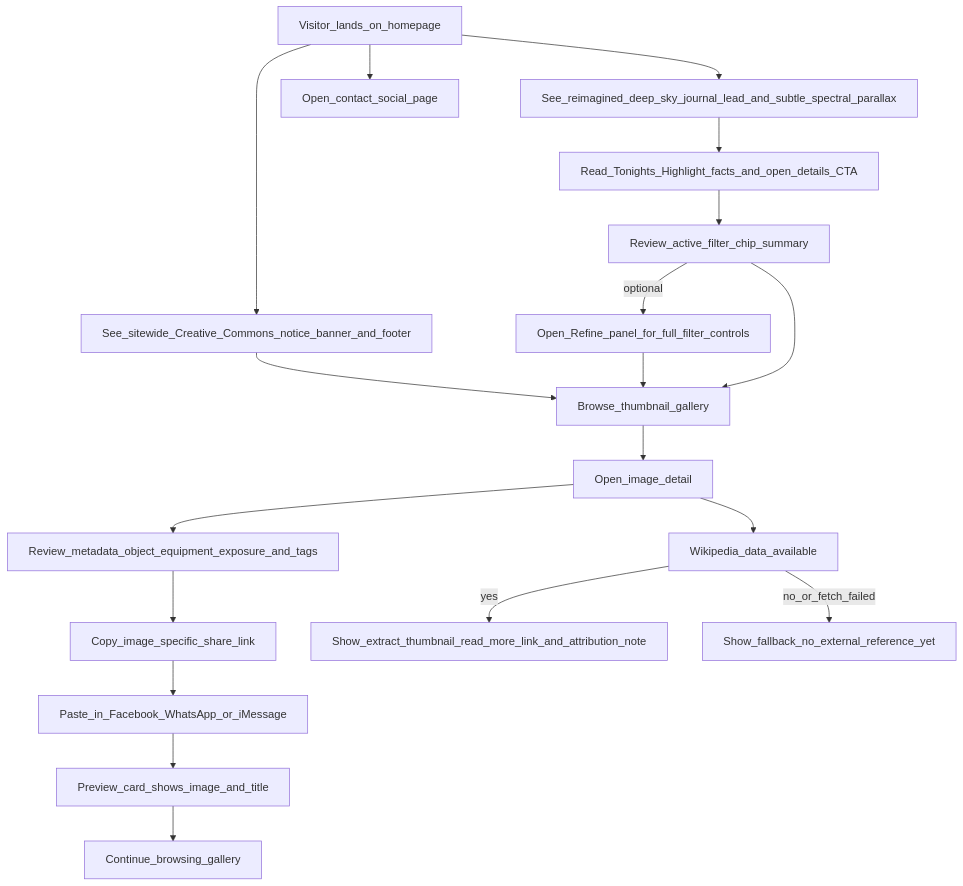
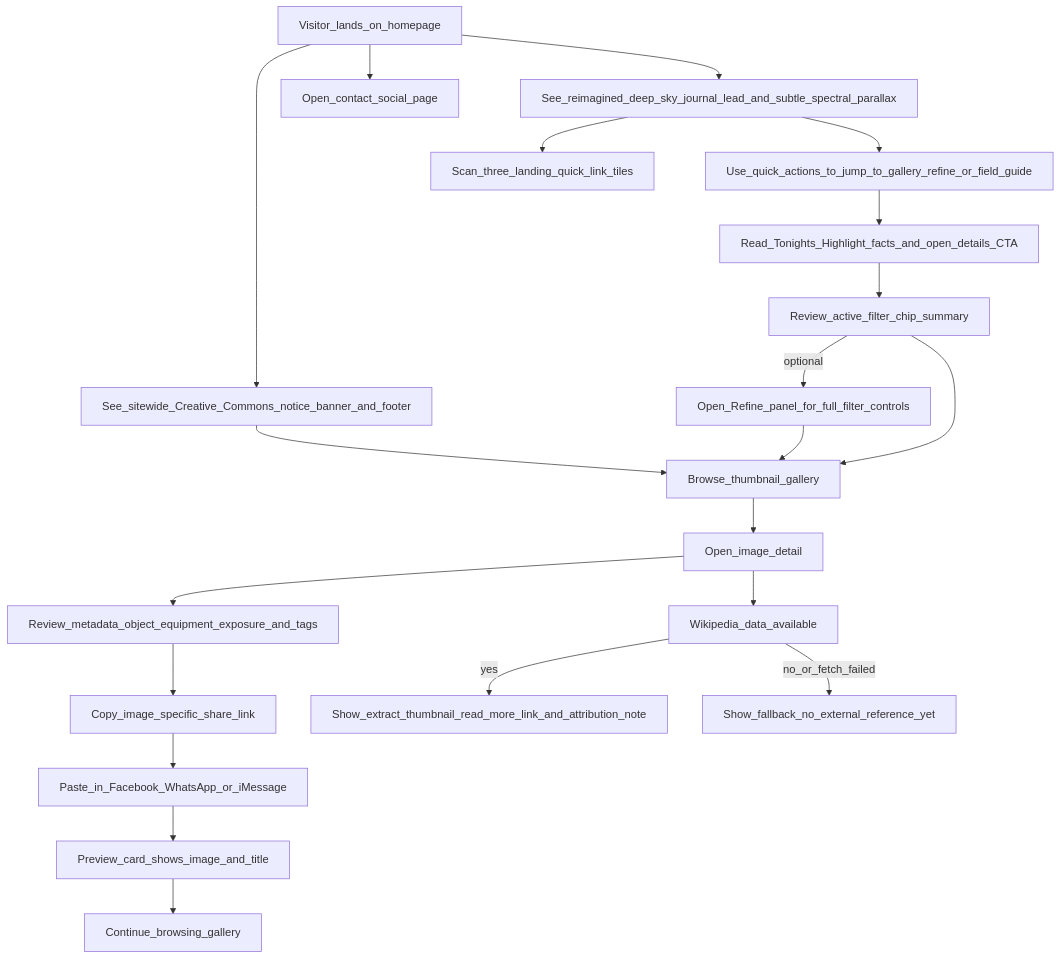
The first of 3 diagrams in README.md (smeird/images), drawn with Mermaid before and after one commit. The commit also changed other lines of this file and 3 other files, not shown here.

First line of the commit message:
Refresh landing page look-and-feel with new CTA-first hero

````diff
--- a/README.md
+++ b/README.md
@@ -164,21 +164,23 @@
 ```mermaid
 flowchart TD
   Visitor_lands_on_homepage --> See_reimagined_deep_sky_journal_lead_and_subtle_spectral_parallax
   Visitor_lands_on_homepage --> See_sitewide_Creative_Commons_notice_banner_and_footer
-  See_reimagined_deep_sky_journal_lead_and_subtle_spectral_parallax --> Read_Tonights_Highlight_facts_and_open_details_CTA
+  See_reimagined_deep_sky_journal_lead_and_subtle_spectral_parallax --> Use_quick_actions_to_jump_to_gallery_refine_or_field_guide
+  See_reimagined_deep_sky_journal_lead_and_subtle_spectral_parallax --> Scan_three_landing_quick_link_tiles
+  Use_quick_actions_to_jump_to_gallery_refine_or_field_guide --> Read_Tonights_Highlight_facts_and_open_details_CTA
   Read_Tonights_Highlight_facts_and_open_details_CTA --> Review_active_filter_chip_summary
   See_sitewide_Creative_Commons_notice_banner_and_footer --> Browse_thumbnail_gallery
   Review_active_filter_chip_summary -->|optional| Open_Refine_panel_for_full_filter_controls
   Open_Refine_panel_for_full_filter_controls --> Browse_thumbnail_gallery
   Review_active_filter_chip_summary --> Browse_thumbnail_gallery
   Visitor_lands_on_homepage --> Open_contact_social_page
   Browse_thumbnail_gallery --> Open_image_detail
   Open_image_detail --> Review_metadata_object_equipment_exposure_and_tags
   Review_metadata_object_equipment_exposure_and_tags --> Copy_image_specific_share_link
   Copy_image_specific_share_link --> Paste_in_Facebook_WhatsApp_or_iMessage
   Paste_in_Facebook_WhatsApp_or_iMessage --> Preview_card_shows_image_and_title
   Preview_card_shows_image_and_title --> Continue_browsing_gallery
   Open_image_detail --> Wikipedia_data_available
   Wikipedia_data_available -->|yes| Show_extract_thumbnail_read_more_link_and_attribution_note
   Wikipedia_data_available -->|no_or_fetch_failed| Show_fallback_no_external_reference_yet
 ```
````
